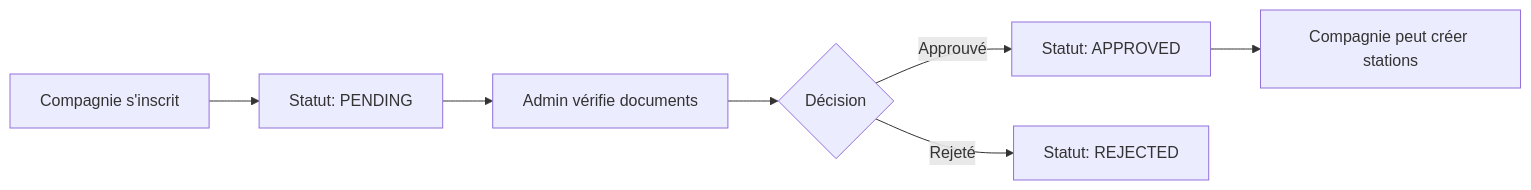
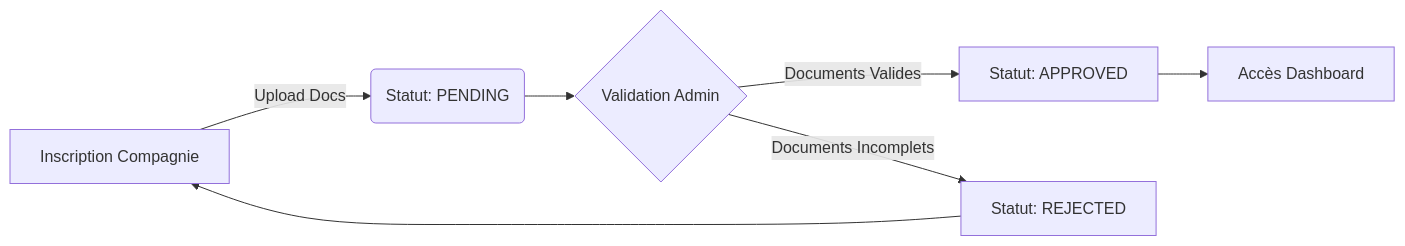
The third of 3 diagrams in README.md (REBCDR07/VoyageBj), drawn with Mermaid before and after one commit. The commit also changed other lines of this file and 23 other files, not shown here.

````diff
--- a/README.md
+++ b/README.md
@@ -360,9 +124,9 @@
 ```mermaid
 graph LR
-    A[Compagnie s'inscrit] --> B[Statut: PENDING]
-    B --> C[Admin vérifie documents]
-    C --> D{Décision}
-    D -->|Approuvé| E[Statut: APPROVED]
-    D -->|Rejeté| F[Statut: REJECTED]
-    E --> G[Compagnie peut créer stations]
+    A[Inscription Compagnie] -->|Upload Docs| B(Statut: PENDING)
+    B --> C{Validation Admin}
+    C -->|Documents Valides| D[Statut: APPROVED]
+    C -->|Documents Incomplets| E[Statut: REJECTED]
+    D --> F[Accès Dashboard]
+    E --> A
 ```
````
